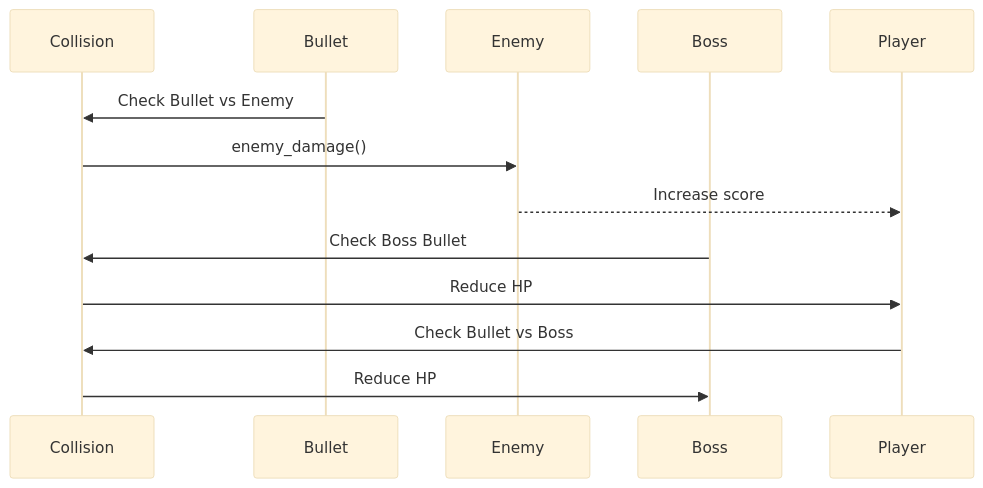
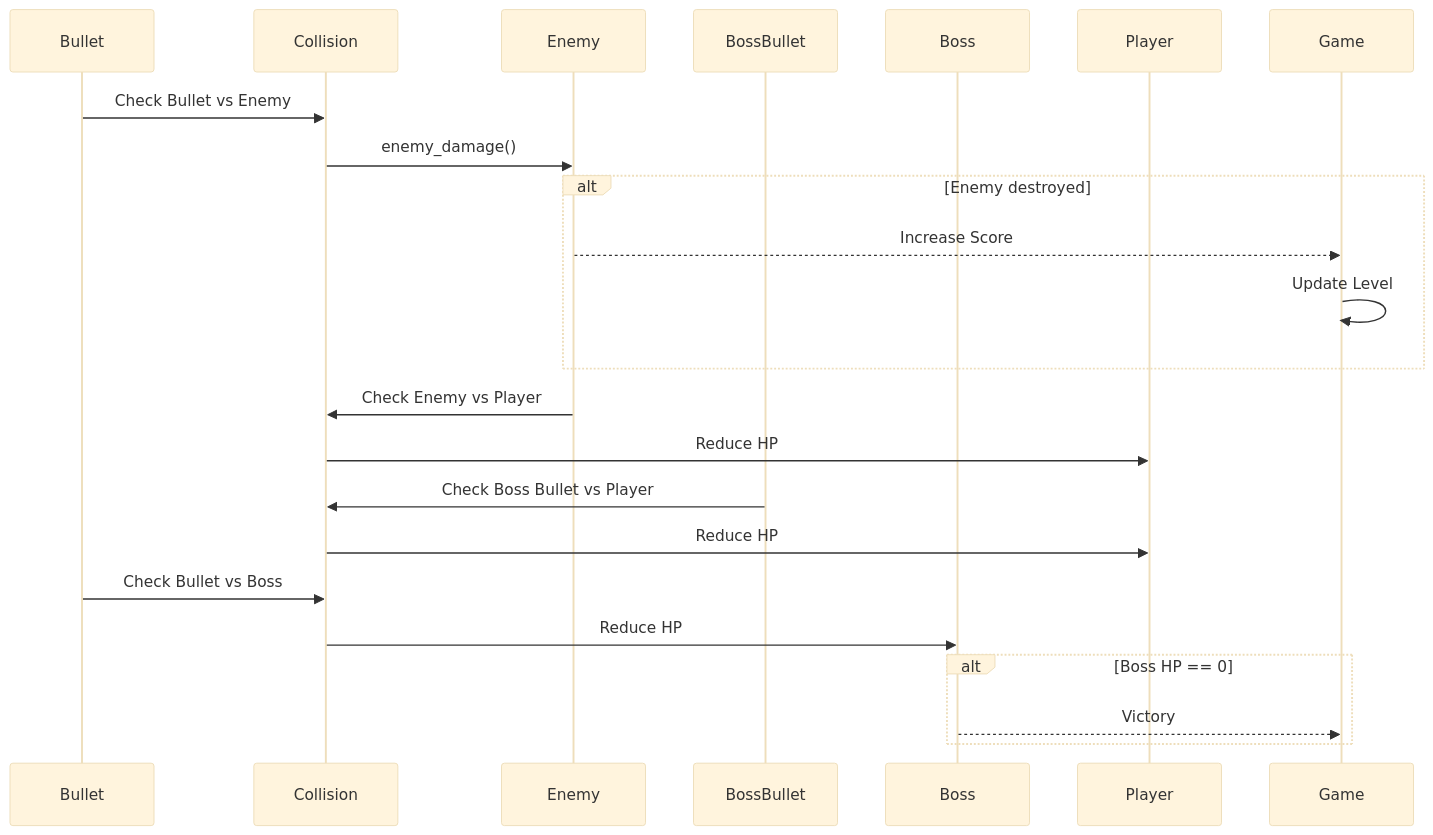
Before and after one commit to phihungnguyen1402-byte/Monster-Shooter_Game: the seventh of 9 diagrams in application/docs/03-software-architecture.md, drawn with Mermaid (base theme). The commit also changed other lines of this file, not shown here.

````diff
--- a/application/docs/03-software-architecture.md
+++ b/application/docs/03-software-architecture.md
@@ -211,23 +241,41 @@
 ```mermaid
 sequenceDiagram
 
+participant Bullet
 participant Collision
-participant Bullet
 participant Enemy
+participant BossBullet
 participant Boss
 participant Player
+participant Game
 
 Bullet->>Collision: Check Bullet vs Enemy
 
 Collision->>Enemy: enemy_damage()
 
-Enemy-->>Player: Increase score
+alt Enemy destroyed
 
-Boss->>Collision: Check Boss Bullet
+Enemy-->>Game: Increase Score
+
+Game->>Game: Update Level
+
+end
+
+Enemy->>Collision: Check Enemy vs Player
 
 Collision->>Player: Reduce HP
 
-Player->>Collision: Check Bullet vs Boss
+BossBullet->>Collision: Check Boss Bullet vs Player
+
+Collision->>Player: Reduce HP
+
+Bullet->>Collision: Check Bullet vs Boss
 
 Collision->>Boss: Reduce HP
+
+alt Boss HP == 0
+
+Boss-->>Game: Victory
+
+end
 ```
````
